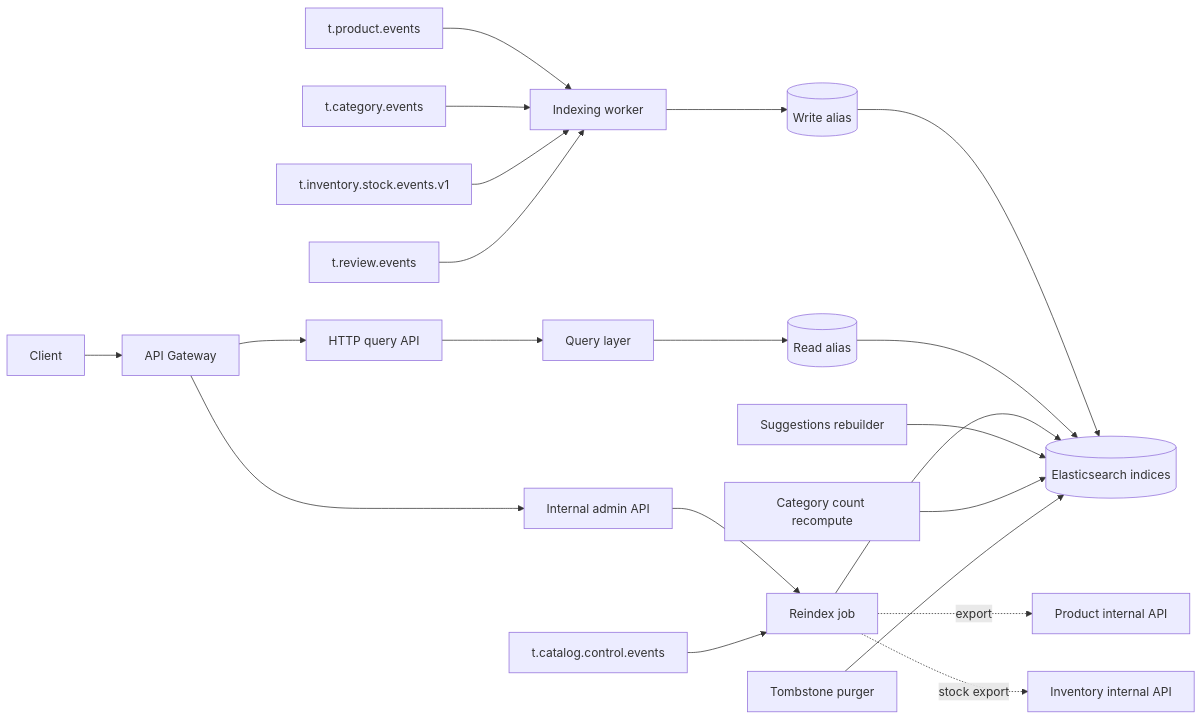
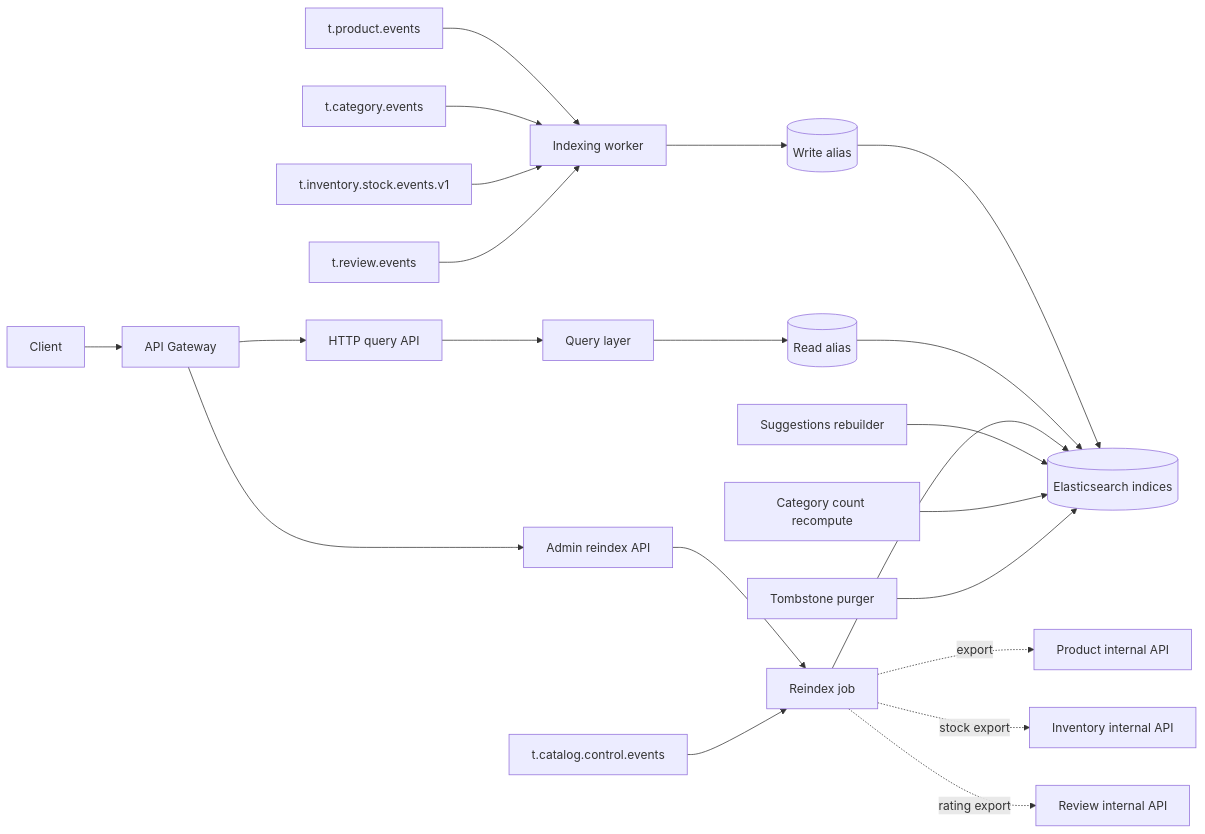
One commit to quangdung2110/e-commerce-microservices changed the diagram in docs/search/architecture.md. Above: the diagram before and after it, drawn with Mermaid. The commit also changed other lines of this file and 22 other files, not shown here.

Commit message:
docs(search): backfill review ratings during reindex

````diff
--- a/docs/search/architecture.md
+++ b/docs/search/architecture.md
@@ -27,23 +27,24 @@
 ```mermaid
 flowchart LR
   C[Client] --> G[API Gateway]
   G --> API[HTTP query API]
-  G --> IAPI[Internal admin API]
+  G --> AAPI[Admin reindex API]
   API --> Q[Query layer]
-  IAPI --> RJ[Reindex job]
+  AAPI --> RJ[Reindex job]
   PE[t.product.events] --> W[Indexing worker]
   CE[t.category.events] --> W
   CCE[t.catalog.control.events] --> RJ
   IE[t.inventory.stock.events.v1] --> W
   RE[t.review.events] --> W
   W --> WA[(Write alias)]
   Q --> RA[(Read alias)]
   WA --> ES[(Elasticsearch indices)]
   RA --> ES
   RJ --> ES
   SR[Suggestions rebuilder] --> ES
   CC[Category count recompute] --> ES
   TP[Tombstone purger] --> ES
   RJ -.export.-> P[Product internal API]
   RJ -.stock export.-> INV[Inventory internal API]
+  RJ -.rating export.-> REV[Review internal API]
 ```
````
